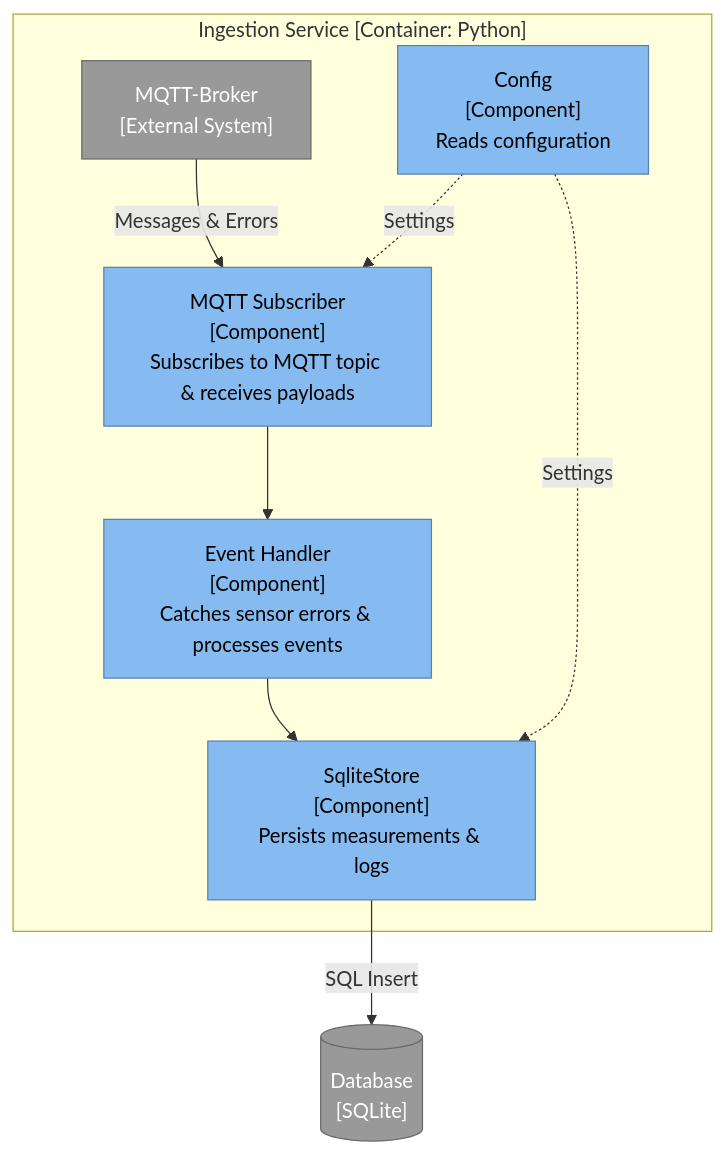
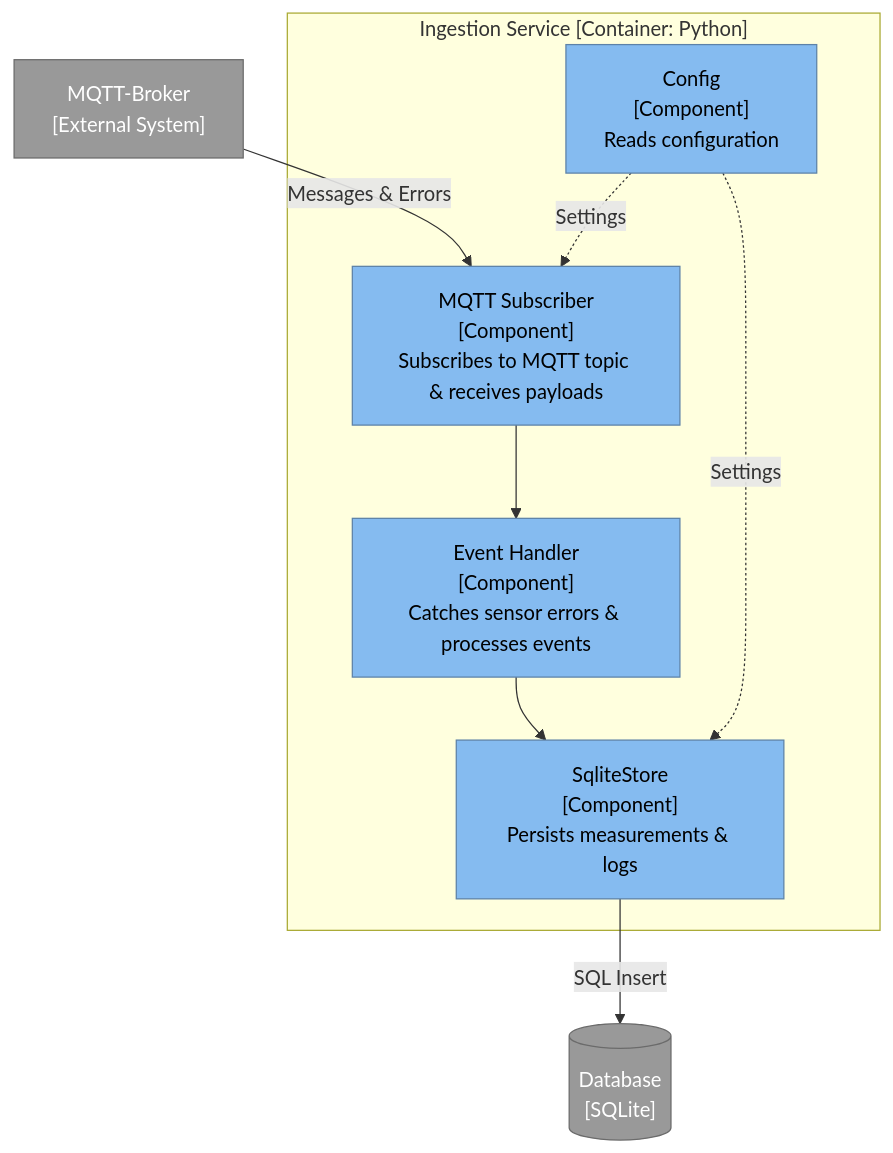
The third of 5 diagrams in docs/architecture.md (schusim/SW_engineeringProject), drawn with Mermaid before and after one commit. The commit also changed other lines of this file, not shown here.

Commit message:
docs[Architecture]: adjust docker in c4 diagramm

````diff
--- a/docs/architecture.md
+++ b/docs/architecture.md
@@ -64,23 +67,23 @@
 ```mermaid
 flowchart TB
     subgraph Ingestion ["Ingestion Service [Container: Python]"]
         config["Config<br/>[Component]<br/>Reads configuration"]
-        mqtt["MQTT-Broker<br/>[External System]"] -->|"Messages & Errors"| subscriber
         subscriber["MQTT Subscriber<br/>[Component]<br/>Subscribes to MQTT topic & receives payloads"]
         handler["Event Handler<br/>[Component]<br/>Catches sensor errors & processes events"]
         store["SqliteStore<br/>[Component]<br/>Persists measurements & logs"]
     end
 
     
     subscriber --> handler
+    mqtt["MQTT-Broker<br/>[External System]"] -->|"Messages & Errors"| subscriber
     handler --> store
     store -->|"SQL Insert"| db[("Database<br/>[SQLite]")]
     config -.->|"Settings"| subscriber
     config -.->|"Settings"| store
 
     classDef container fill:#438dd5,stroke:#2e6295,color:#ffffff
     classDef component fill:#85bbf0,stroke:#5d82a8,color:#000000
     classDef external fill:#999999,stroke:#6b6b6b,color:#ffffff
     class subscriber,handler,store,config component
     class mqtt,db external
 ```
````
